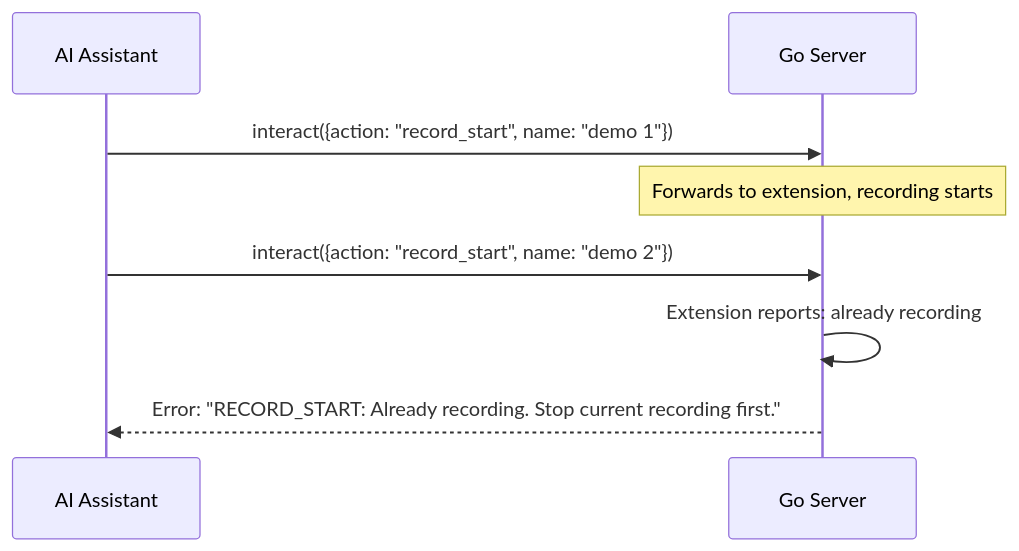
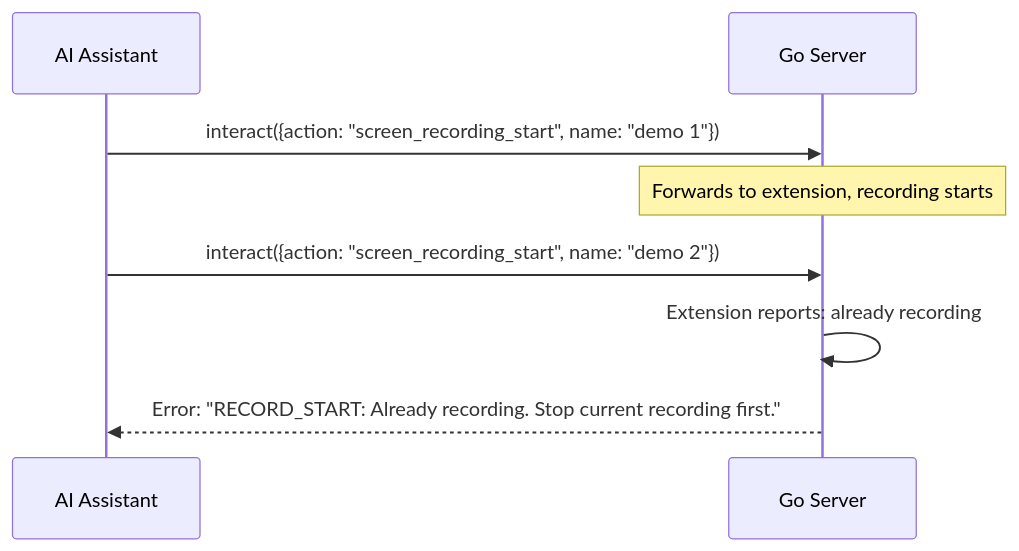
One commit to brennhill/gasoline-mcp-ai-devtools changed the seventh of 10 diagrams in docs/features/feature/tab-recording/tech-spec.md. Above: the diagram before and after it, drawn with Mermaid. The commit also changed other lines of this file and 223 other files, not shown here.

````diff
--- a/docs/features/feature/tab-recording/tech-spec.md
+++ b/docs/features/feature/tab-recording/tech-spec.md
@@ -535,11 +535,11 @@
 ```mermaid
 sequenceDiagram
     participant AI as AI Assistant
     participant Server as Go Server
 
-    AI->>Server: interact({action: "record_start", name: "demo 1"})
+    AI->>Server: interact({action: "screen_recording_start", name: "demo 1"})
     Note over Server: Forwards to extension, recording starts
-    AI->>Server: interact({action: "record_start", name: "demo 2"})
+    AI->>Server: interact({action: "screen_recording_start", name: "demo 2"})
     Server->>Server: Extension reports: already recording
     Server-->>AI: Error: "RECORD_START: Already recording. Stop current recording first."
 ```
````
